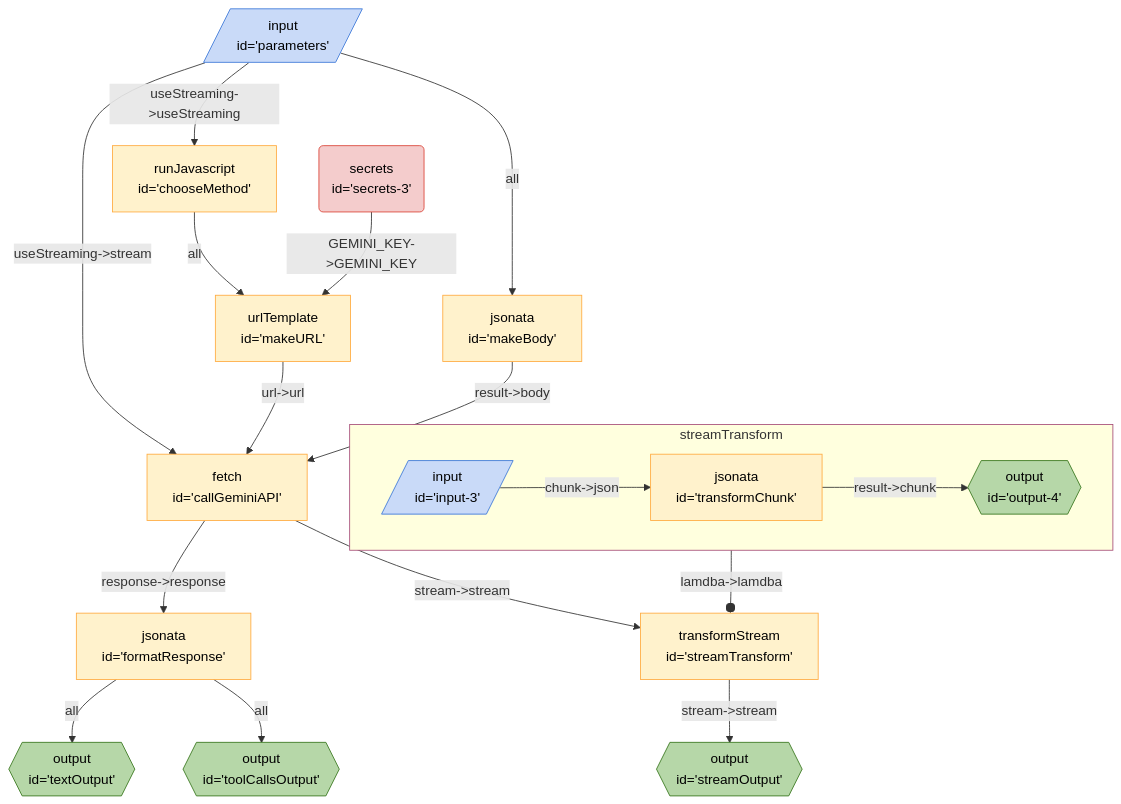
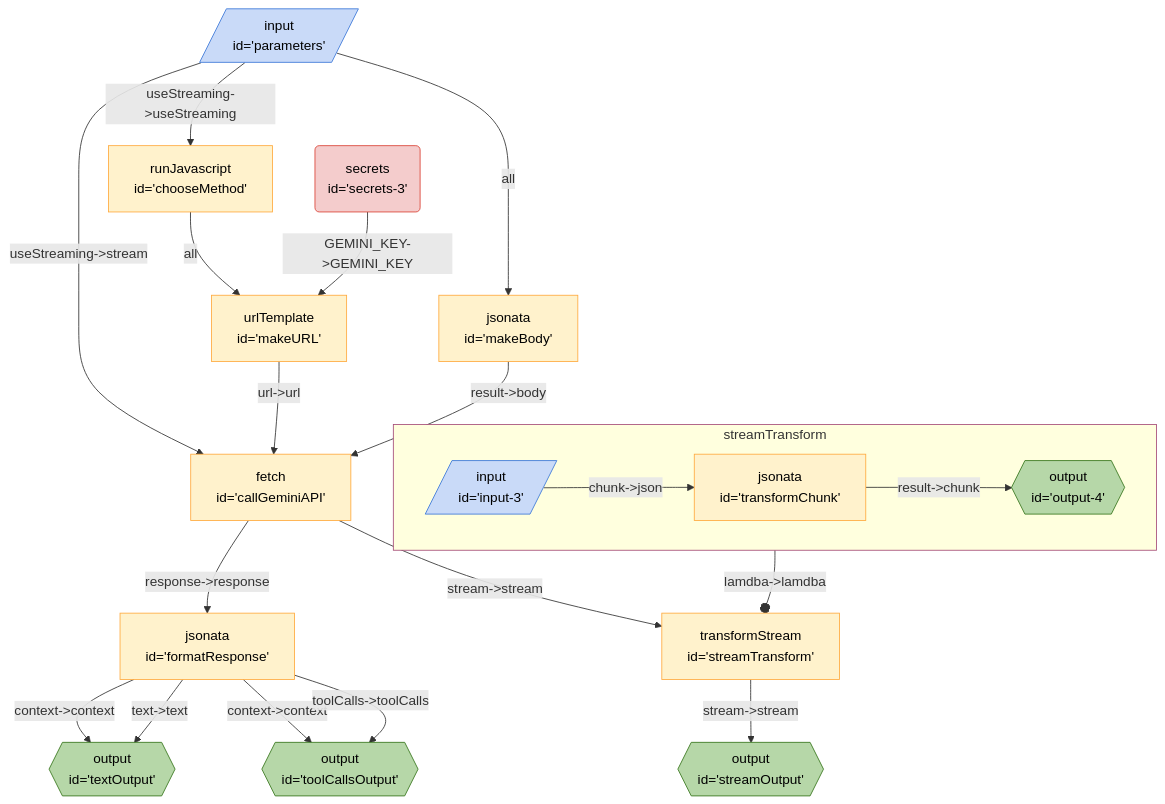
One commit to breadboard-ai/breadboard changed the diagram in packages/breadboard-web/docs/graphs/gemini-generator.md. Above: the diagram before and after it, drawn with Mermaid. The commit also changed 3 other files, not shown here.

````diff
--- a/packages/breadboard-web/docs/graphs/gemini-generator.md
+++ b/packages/breadboard-web/docs/graphs/gemini-generator.md
@@ -3,30 +3,32 @@
 ```mermaid
 %%{init: 'themeVariables': { 'fontFamily': 'Fira Code, monospace' }}%%
 graph TD;
 streamTransform["transformStream <br> id='streamTransform'"] -- "stream->stream" --> streamOutput{{"output <br> id='streamOutput'"}}:::output
 subgraph sg_streamTransform [streamTransform]
 streamTransform_transformChunk["jsonata <br> id='transformChunk'"] -- "result->chunk" --> streamTransform_output4{{"output <br> id='output-4'"}}:::output
 streamTransform_input3[/"input <br> id='input-3'"/]:::input -- "chunk->json" --> streamTransform_transformChunk["jsonata <br> id='transformChunk'"]
 end
 sg_streamTransform:::slotted -- "lamdba->lamdba" --o streamTransform
 
 callGeminiAPI["fetch <br> id='callGeminiAPI'"] -- "response->response" --> formatResponse["jsonata <br> id='formatResponse'"]
 callGeminiAPI["fetch <br> id='callGeminiAPI'"] -- "stream->stream" --> streamTransform["transformStream <br> id='streamTransform'"]
 parameters[/"input <br> id='parameters'"/]:::input -- "useStreaming->useStreaming" --> chooseMethod["runJavascript <br> id='chooseMethod'"]
 parameters[/"input <br> id='parameters'"/]:::input -- all --> makeBody["jsonata <br> id='makeBody'"]
 parameters[/"input <br> id='parameters'"/]:::input -- "useStreaming->stream" --> callGeminiAPI["fetch <br> id='callGeminiAPI'"]
 makeURL["urlTemplate <br> id='makeURL'"] -- "url->url" --> callGeminiAPI["fetch <br> id='callGeminiAPI'"]
 makeBody["jsonata <br> id='makeBody'"] -- "result->body" --> callGeminiAPI["fetch <br> id='callGeminiAPI'"]
-formatResponse["jsonata <br> id='formatResponse'"] -- all --> textOutput{{"output <br> id='textOutput'"}}:::output
-formatResponse["jsonata <br> id='formatResponse'"] -- all --> toolCallsOutput{{"output <br> id='toolCallsOutput'"}}:::output
+formatResponse["jsonata <br> id='formatResponse'"] -- "context->context" --> textOutput{{"output <br> id='textOutput'"}}:::output
+formatResponse["jsonata <br> id='formatResponse'"] -- "text->text" --> textOutput{{"output <br> id='textOutput'"}}:::output
+formatResponse["jsonata <br> id='formatResponse'"] -- "context->context" --> toolCallsOutput{{"output <br> id='toolCallsOutput'"}}:::output
+formatResponse["jsonata <br> id='formatResponse'"] -- "toolCalls->toolCalls" --> toolCallsOutput{{"output <br> id='toolCallsOutput'"}}:::output
 chooseMethod["runJavascript <br> id='chooseMethod'"] -- all --> makeURL["urlTemplate <br> id='makeURL'"]
 secrets3("secrets <br> id='secrets-3'"):::secrets -- "GEMINI_KEY->GEMINI_KEY" --> makeURL["urlTemplate <br> id='makeURL'"]
 classDef default stroke:#ffab40,fill:#fff2ccff,color:#000
 classDef input stroke:#3c78d8,fill:#c9daf8ff,color:#000
 classDef output stroke:#38761d,fill:#b6d7a8ff,color:#000
 classDef passthrough stroke:#a64d79,fill:#ead1dcff,color:#000
 classDef slot stroke:#a64d79,fill:#ead1dcff,color:#000
 classDef config stroke:#a64d79,fill:#ead1dcff,color:#000
 classDef secrets stroke:#db4437,fill:#f4cccc,color:#000
 classDef slotted stroke:#a64d79
 ```
````
